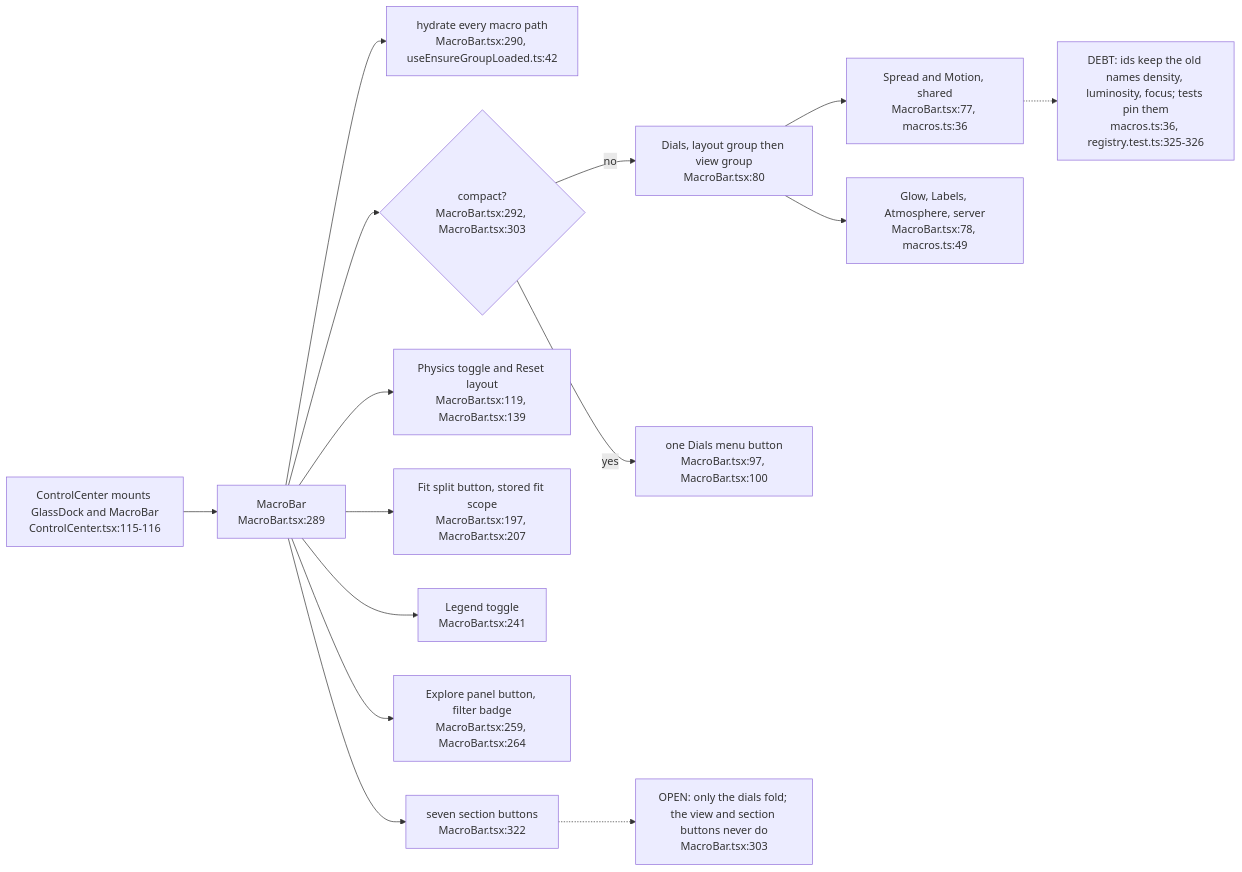
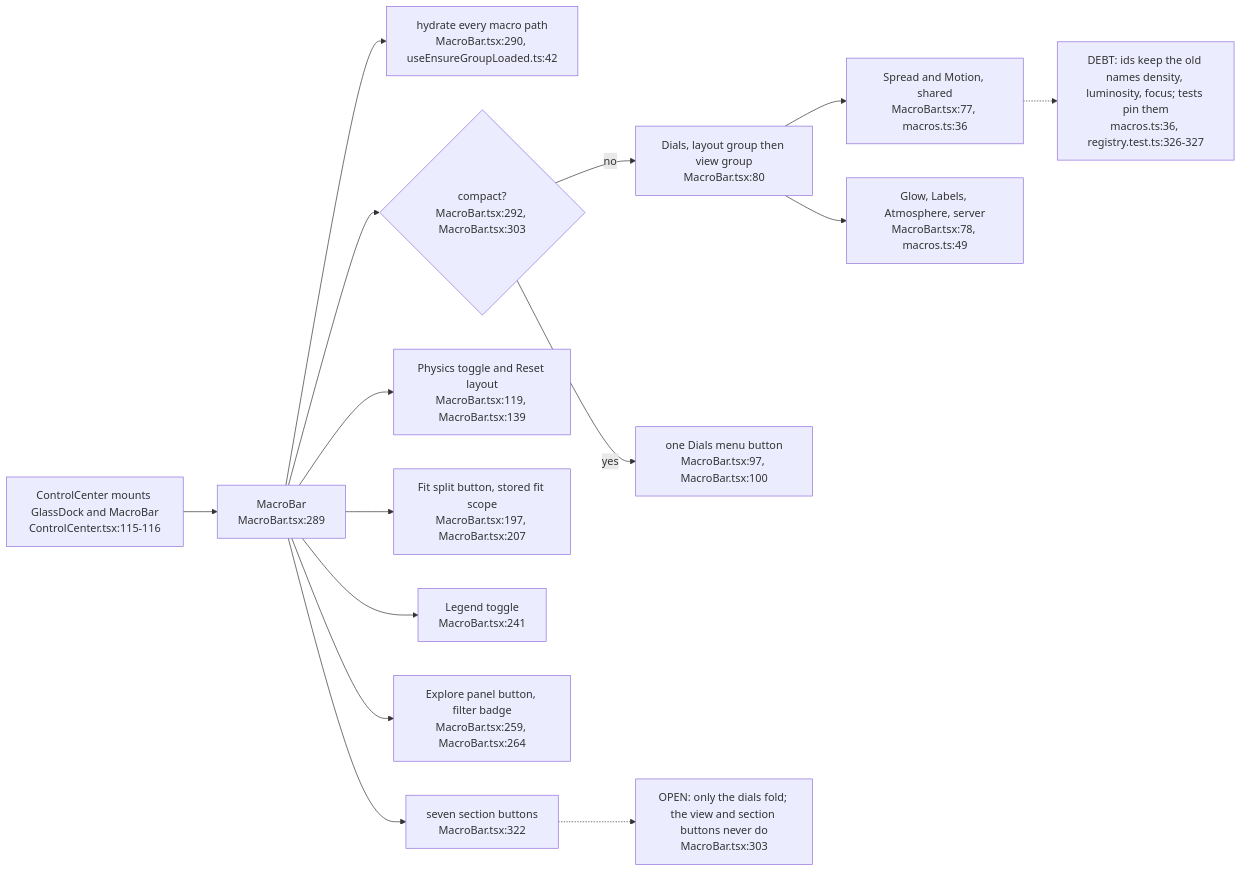
One commit to DreamLab-AI/VisionFlow changed the sixth of 12 diagrams in docs/diagrams/visionclaw/57-control-centre-ia-and-drawer.md. Above: the diagram before and after it, drawn with Mermaid. The commit also changed other lines of this file and 49 other files, not shown here.

First line of the commit message:
docs(diagrams): re-derive and re-stamp VisionClaw, estate, knowledge-graph, visionGraph, VisionFlow and sidestr topics

````diff
--- a/docs/diagrams/visionclaw/57-control-centre-ia-and-drawer.md
+++ b/docs/diagrams/visionclaw/57-control-centre-ia-and-drawer.md
@@ -215,17 +215,17 @@
 ```mermaid
 flowchart LR
     CC["ControlCenter mounts GlassDock and MacroBar<br/>ControlCenter.tsx:115-116"] --> MB["MacroBar<br/>MacroBar.tsx:289"]
     MB --> HYD["hydrate every macro path<br/>MacroBar.tsx:290, useEnsureGroupLoaded.ts:42"]
     MB --> FOLD{"compact?<br/>MacroBar.tsx:292, MacroBar.tsx:303"}
     FOLD -->|no| DIALS["Dials, layout group then view group<br/>MacroBar.tsx:80"]
     FOLD -->|yes| DM["one Dials menu button<br/>MacroBar.tsx:97, MacroBar.tsx:100"]
     DIALS --> LD["Spread and Motion, shared<br/>MacroBar.tsx:77, macros.ts:36"]
     DIALS --> VD["Glow, Labels, Atmosphere, server<br/>MacroBar.tsx:78, macros.ts:49"]
     MB --> PT["Physics toggle and Reset layout<br/>MacroBar.tsx:119, MacroBar.tsx:139"]
     MB --> FIT["Fit split button, stored fit scope<br/>MacroBar.tsx:197, MacroBar.tsx:207"]
     MB --> LEG["Legend toggle<br/>MacroBar.tsx:241"]
     MB --> EXP["Explore panel button, filter badge<br/>MacroBar.tsx:259, MacroBar.tsx:264"]
     MB --> SEC["seven section buttons<br/>MacroBar.tsx:322"]
-    LD -.-> IDS["DEBT: ids keep the old names density, luminosity, focus; tests pin them<br/>macros.ts:36, registry.test.ts:325-326"]
+    LD -.-> IDS["DEBT: ids keep the old names density, luminosity, focus; tests pin them<br/>macros.ts:36, registry.test.ts:326-327"]
     SEC -.-> ONE["OPEN: only the dials fold; the view and section buttons never do<br/>MacroBar.tsx:303"]
 ```
````
